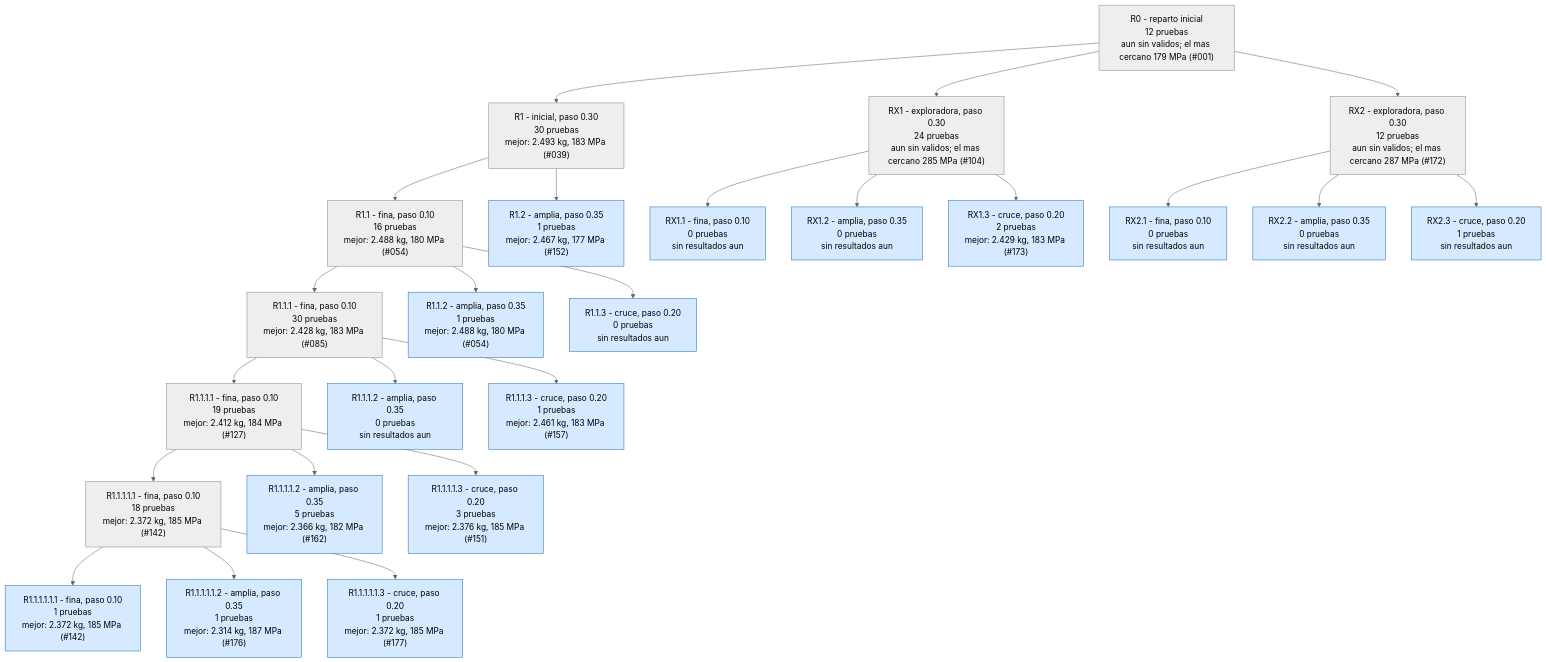
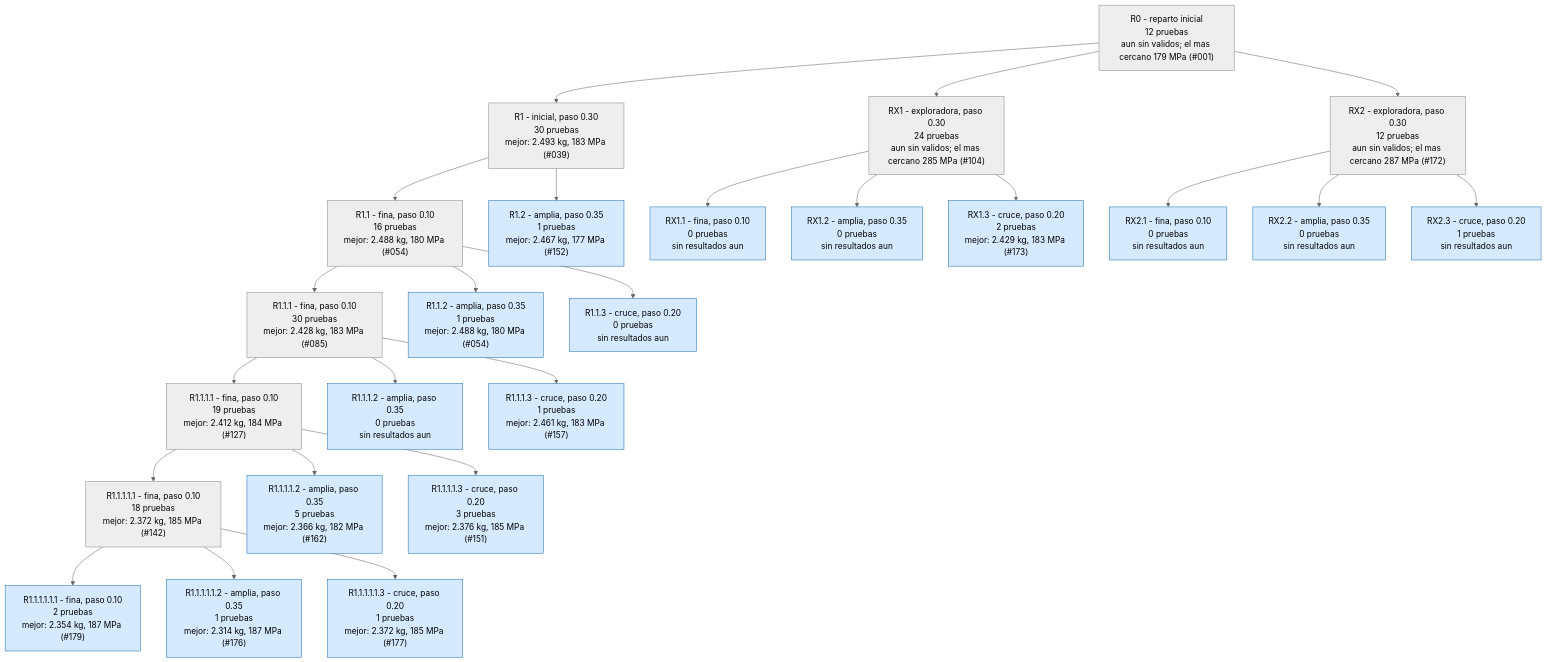
Before and after one commit to Hugiko/msd-soporte-optimizacion: the second of 4 diagrams in runs/opt_37800N/ARBOL.md, drawn with Mermaid (neutral theme). The commit also changed 22 other files, not shown here.

````diff
--- a/runs/opt_37800N/ARBOL.md
+++ b/runs/opt_37800N/ARBOL.md
@@ -41,53 +41,53 @@
 ```mermaid
 graph TD
 classDef activa fill:#d6eaff,stroke:#1f6fb5,color:#000
 classDef fin fill:#eeeeee,stroke:#888,color:#000
 classDef mejor fill:#c8f0c0,stroke:#1a9850,stroke-width:4px,color:#000
 R0["R0 - reparto inicial<br/>12 pruebas<br/>aun sin validos; el mas cercano 179 MPa (#001)"]:::fin
 R1["R1 - inicial, paso 0.30<br/>30 pruebas<br/>mejor: 2.493 kg, 183 MPa (#039)"]:::fin
 R0 --> R1
 R1_1["R1.1 - fina, paso 0.10<br/>16 pruebas<br/>mejor: 2.488 kg, 180 MPa (#054)"]:::fin
 R1 --> R1_1
 R1_2["R1.2 - amplia, paso 0.35<br/>1 pruebas<br/>mejor: 2.467 kg, 177 MPa (#152)"]:::activa
 R1 --> R1_2
 R1_1_1["R1.1.1 - fina, paso 0.10<br/>30 pruebas<br/>mejor: 2.428 kg, 183 MPa (#085)"]:::fin
 R1_1 --> R1_1_1
 R1_1_2["R1.1.2 - amplia, paso 0.35<br/>1 pruebas<br/>mejor: 2.488 kg, 180 MPa (#054)"]:::activa
 R1_1 --> R1_1_2
 R1_1_3["R1.1.3 - cruce, paso 0.20<br/>0 pruebas<br/>sin resultados aun"]:::activa
 R1_1 --> R1_1_3
 R1_1_1_1["R1.1.1.1 - fina, paso 0.10<br/>19 pruebas<br/>mejor: 2.412 kg, 184 MPa (#127)"]:::fin
 R1_1_1 --> R1_1_1_1
 R1_1_1_2["R1.1.1.2 - amplia, paso 0.35<br/>0 pruebas<br/>sin resultados aun"]:::activa
 R1_1_1 --> R1_1_1_2
 R1_1_1_3["R1.1.1.3 - cruce, paso 0.20<br/>1 pruebas<br/>mejor: 2.461 kg, 183 MPa (#157)"]:::activa
 R1_1_1 --> R1_1_1_3
 RX1["RX1 - exploradora, paso 0.30<br/>24 pruebas<br/>aun sin validos; el mas cercano 285 MPa (#104)"]:::fin
 R0 --> RX1
 RX1_1["RX1.1 - fina, paso 0.10<br/>0 pruebas<br/>sin resultados aun"]:::activa
 RX1 --> RX1_1
 RX1_2["RX1.2 - amplia, paso 0.35<br/>0 pruebas<br/>sin resultados aun"]:::activa
 RX1 --> RX1_2
 RX1_3["RX1.3 - cruce, paso 0.20<br/>2 pruebas<br/>mejor: 2.429 kg, 183 MPa (#173)"]:::activa
 RX1 --> RX1_3
 R1_1_1_1_1["R1.1.1.1.1 - fina, paso 0.10<br/>18 pruebas<br/>mejor: 2.372 kg, 185 MPa (#142)"]:::fin
 R1_1_1_1 --> R1_1_1_1_1
 R1_1_1_1_2["R1.1.1.1.2 - amplia, paso 0.35<br/>5 pruebas<br/>mejor: 2.366 kg, 182 MPa (#162)"]:::activa
 R1_1_1_1 --> R1_1_1_1_2
 R1_1_1_1_3["R1.1.1.1.3 - cruce, paso 0.20<br/>3 pruebas<br/>mejor: 2.376 kg, 185 MPa (#151)"]:::activa
 R1_1_1_1 --> R1_1_1_1_3
-R1_1_1_1_1_1["R1.1.1.1.1.1 - fina, paso 0.10<br/>1 pruebas<br/>mejor: 2.372 kg, 185 MPa (#142)"]:::activa
+R1_1_1_1_1_1["R1.1.1.1.1.1 - fina, paso 0.10<br/>2 pruebas<br/>mejor: 2.354 kg, 187 MPa (#179)"]:::activa
 R1_1_1_1_1 --> R1_1_1_1_1_1
 R1_1_1_1_1_2["R1.1.1.1.1.2 - amplia, paso 0.35<br/>1 pruebas<br/>mejor: 2.314 kg, 187 MPa (#176)"]:::activa
 R1_1_1_1_1 --> R1_1_1_1_1_2
 R1_1_1_1_1_3["R1.1.1.1.1.3 - cruce, paso 0.20<br/>1 pruebas<br/>mejor: 2.372 kg, 185 MPa (#177)"]:::activa
 R1_1_1_1_1 --> R1_1_1_1_1_3
 RX2["RX2 - exploradora, paso 0.30<br/>12 pruebas<br/>aun sin validos; el mas cercano 287 MPa (#172)"]:::fin
 R0 --> RX2
 RX2_1["RX2.1 - fina, paso 0.10<br/>0 pruebas<br/>sin resultados aun"]:::activa
 RX2 --> RX2_1
 RX2_2["RX2.2 - amplia, paso 0.35<br/>0 pruebas<br/>sin resultados aun"]:::activa
 RX2 --> RX2_2
 RX2_3["RX2.3 - cruce, paso 0.20<br/>1 pruebas<br/>sin resultados aun"]:::activa
 RX2 --> RX2_3
 ```
````
